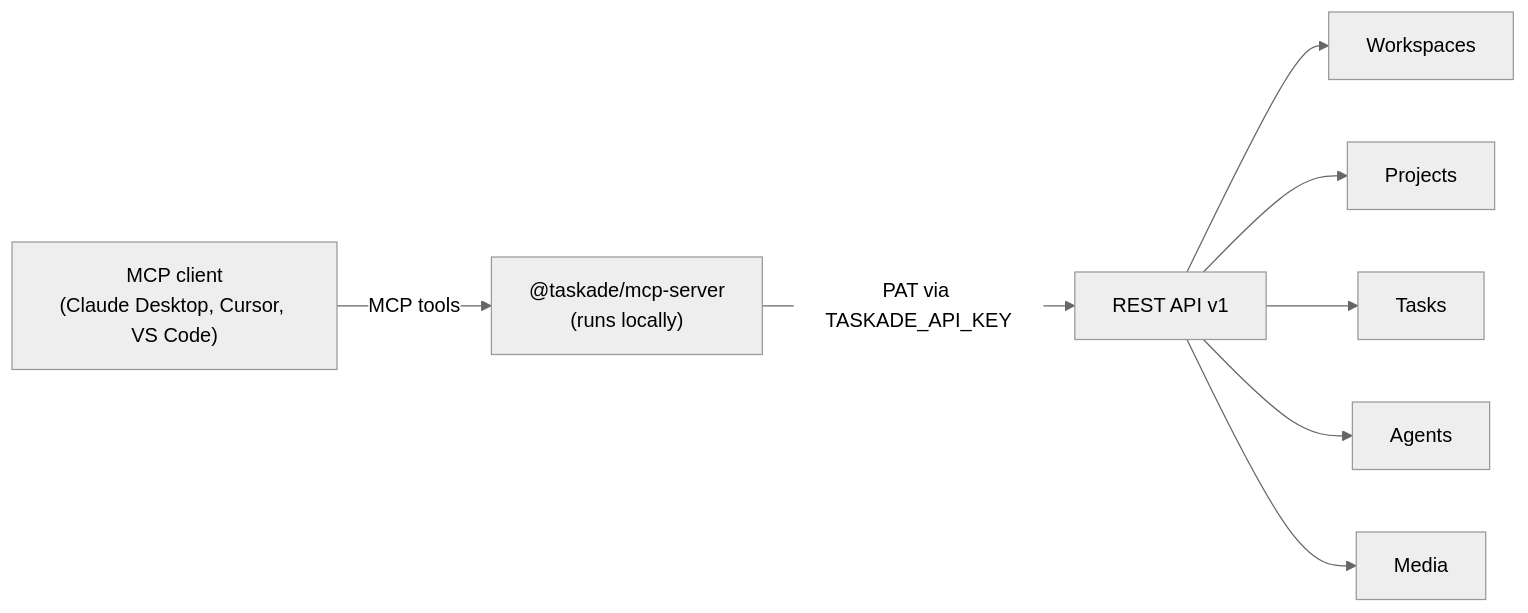
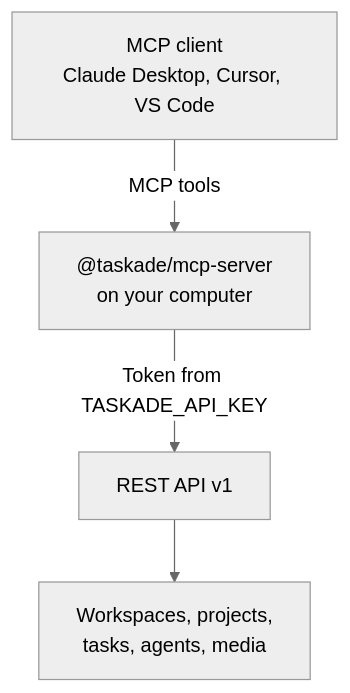
One commit to taskade/docs changed the diagram in apis-living-system-development/workspace-mcp.md. Above: the diagram before and after it, drawn with Mermaid (neutral theme). The commit also changed other lines of this file and 99 other files, not shown here.

Commit message:
docs(agents): Add a Connect an AI Agent path and bring the developer and MCP pages up to date (#110)

````diff
--- a/apis-living-system-development/workspace-mcp.md
+++ b/apis-living-system-development/workspace-mcp.md
@@ -21,10 +31,6 @@
 ```mermaid
-graph LR
-  A["MCP client<br/>(Claude Desktop, Cursor, VS Code)"] -->|MCP tools| B["@taskade/mcp-server<br/>(runs locally)"]
-  B -->|PAT via TASKADE_API_KEY| C["REST API v1"]
-  C --> D["Workspaces"]
-  C --> E["Projects"]
-  C --> F["Tasks"]
-  C --> G["Agents"]
-  C --> H["Media"]
+graph TD
+  A["MCP client<br/>Claude Desktop, Cursor, VS Code"] -->|"MCP tools"| B["@taskade/mcp-server<br/>on your computer"]
+  B -->|"Token from TASKADE_API_KEY"| C["REST API v1"]
+  C --> D["Workspaces, projects,<br/>tasks, agents, media"]
 ```
````
